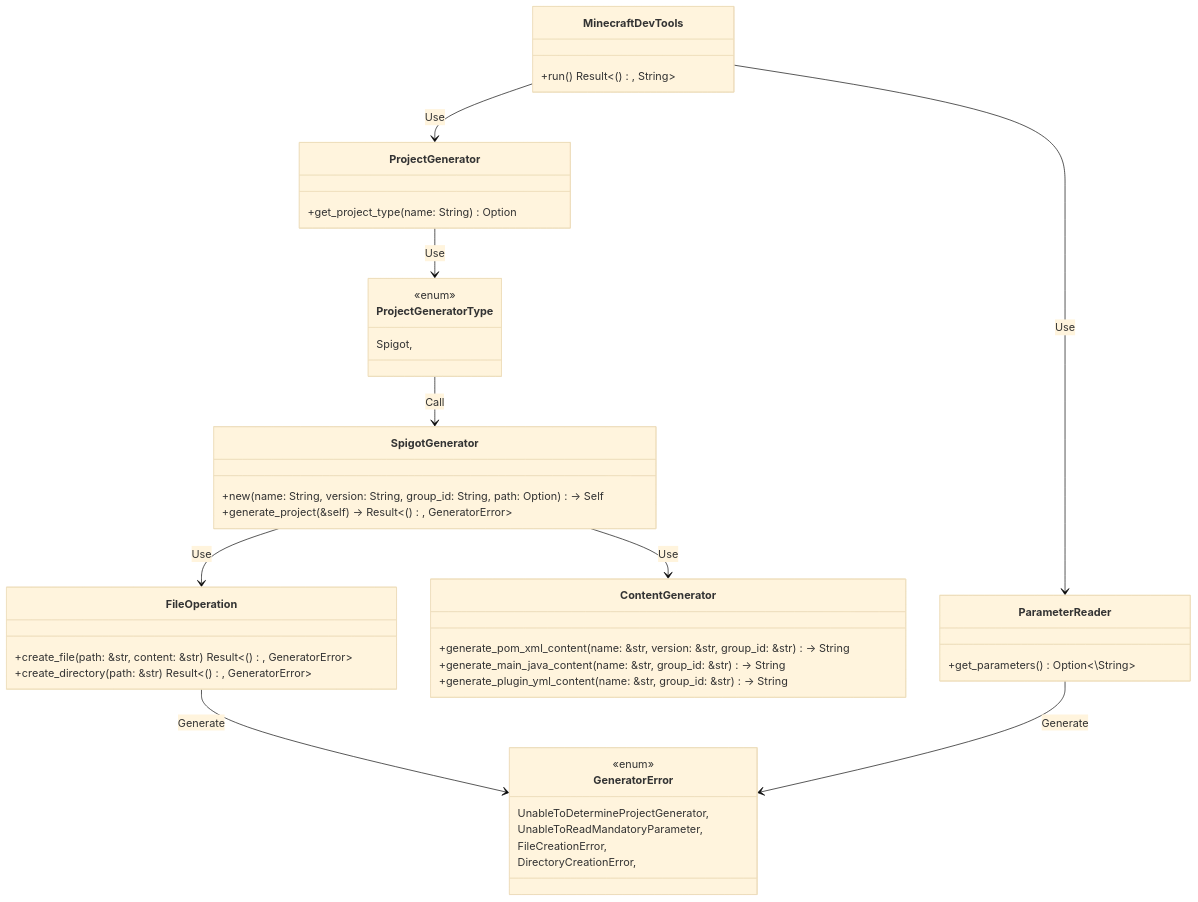
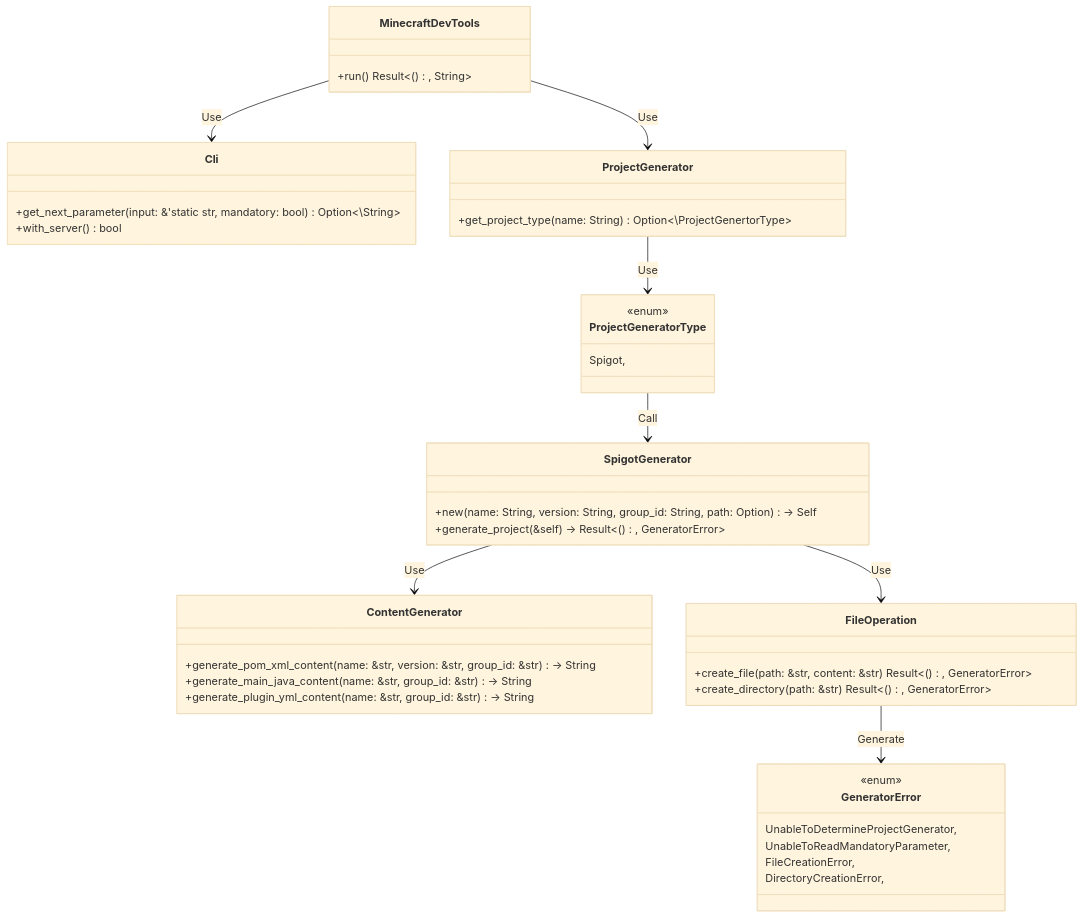
One commit to Swymn/MinecraftDevTool changed the diagram in docs/design.md. Above: the diagram before and after it, drawn with Mermaid (base theme). The commit also changed 5 other files, not shown here.

Commit message:
implement cli (remove parameter_reader), implement logging system and update documentation

````diff
--- a/docs/design.md
+++ b/docs/design.md
@@ -9,54 +9,53 @@
 ```mermaid
 	classDiagram
     class MinecraftDevTools {
         +run() Result<(), String>
     }
     
     class GeneratorError {
         <<enum>>
         UnableToDetermineProjectGenerator,
         UnableToReadMandatoryParameter,
         FileCreationError,
         DirectoryCreationError,
     }
     
-    class ParameterReader {
-        +get_parameters() Option<\String\>
+    class Cli {
+        +get_next_parameter(input: &'static str, mandatory: bool) Option<\String\>
+        +with_server() bool
     }
     
     class ProjectGenerator {
-        +get_project_type(name: String) Option<ProjectGenertorType>
+        +get_project_type(name: String) Option<\ProjectGenertorType\>
     }
     
     class ContentGenerator {
         +generate_pom_xml_content(name: &str, version: &str, group_id: &str) -> String
         +generate_main_java_content(name: &str, group_id: &str) -> String
         +generate_plugin_yml_content(name: &str, group_id: &str) -> String
     }
     
     class FileOperation {
         +create_file(path: &str, content: &str) Result<(), GeneratorError>
         +create_directory(path: &str) Result<(), GeneratorError>
     }
     
     class SpigotGenerator {
         +new(name: String, version: String, group_id: String, path: Option<String>) -> Self
         +generate_project(&self) -> Result<(), GeneratorError>
     }
     
     class ProjectGeneratorType {
         <<enum>>
         Spigot,
     }
 	
 	MinecraftDevTools --> ProjectGenerator : Use
-	MinecraftDevTools --> ParameterReader : Use
+	MinecraftDevTools --> Cli : Use
     ProjectGenerator --> ProjectGeneratorType : Use
     ProjectGeneratorType --> SpigotGenerator : Call
     SpigotGenerator --> ContentGenerator : Use
     SpigotGenerator --> FileOperation : Use
     
     FileOperation --> GeneratorError : Generate
-    ParameterReader --> GeneratorError : Generate
-    
 ```
````
